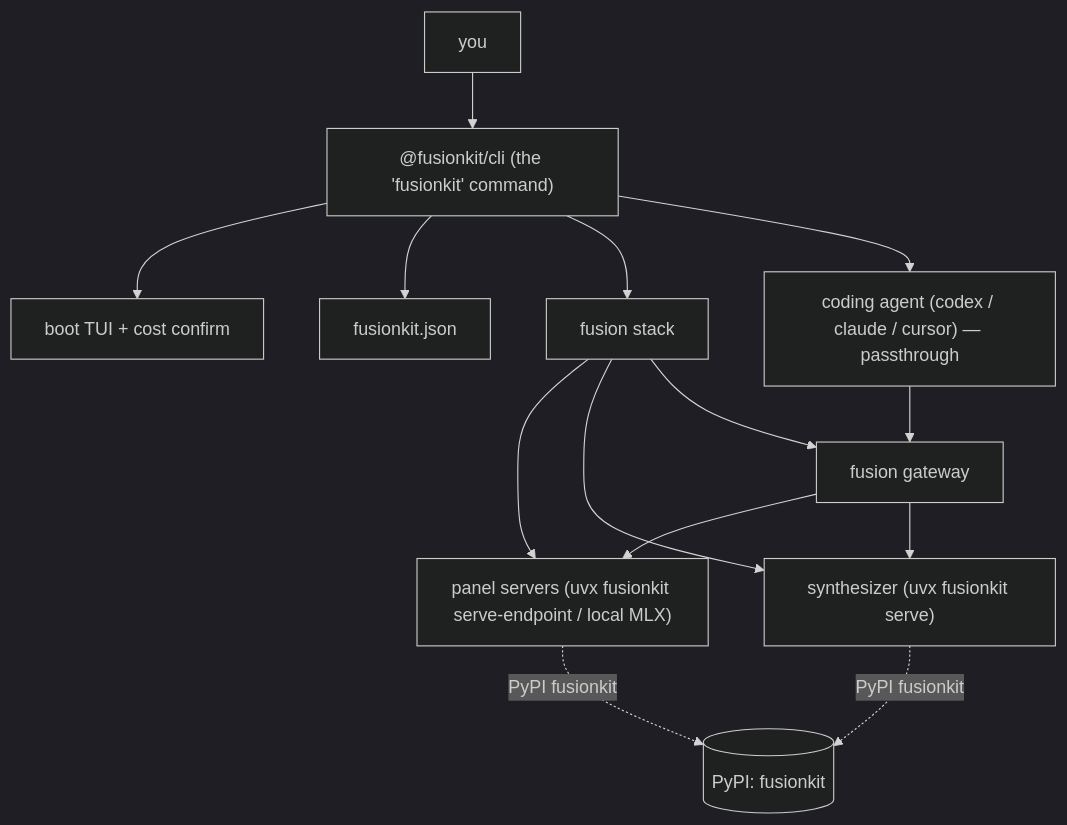
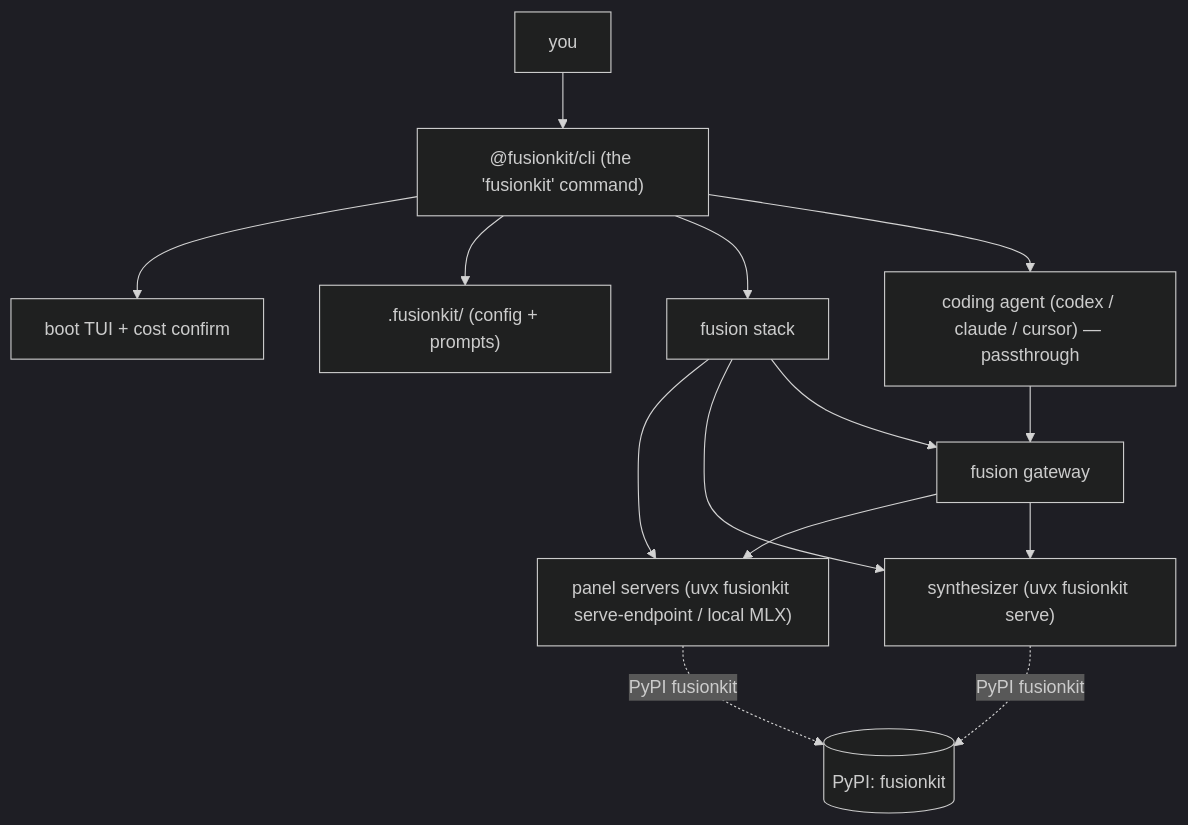
The first of 2 diagrams in apps/docs/content/docs/concepts/architecture.mdx (velum-labs/handoffkit), drawn with Mermaid (dark theme) before and after one commit. The commit also changed 15 other files, not shown here.

First line of the commit message:
feat(cli): per-repo config in a committed .fusionkit/ folder

````diff
--- a/apps/docs/content/docs/concepts/architecture.mdx
+++ b/apps/docs/content/docs/concepts/architecture.mdx
@@ -12,16 +12,16 @@
 ```mermaid
 flowchart TD
   user["you"] --> cli["@fusionkit/cli (the 'fusionkit' command)"]
   cli --> boot["boot TUI + cost confirm"]
-  cli --> cfg["fusionkit.json"]
+  cli --> cfg[".fusionkit/ (config + prompts)"]
   cli --> stack["fusion stack"]
   stack --> panel["panel servers (uvx fusionkit serve-endpoint / local MLX)"]
   stack --> synth["synthesizer (uvx fusionkit serve)"]
   stack --> gw["fusion gateway"]
   cli --> agent["coding agent (codex / claude / cursor) — passthrough"]
   agent --> gw
   gw --> panel
   gw --> synth
   panel -. "PyPI fusionkit" .-> pypi[("PyPI: fusionkit")]
   synth -. "PyPI fusionkit" .-> pypi
 ```
````
